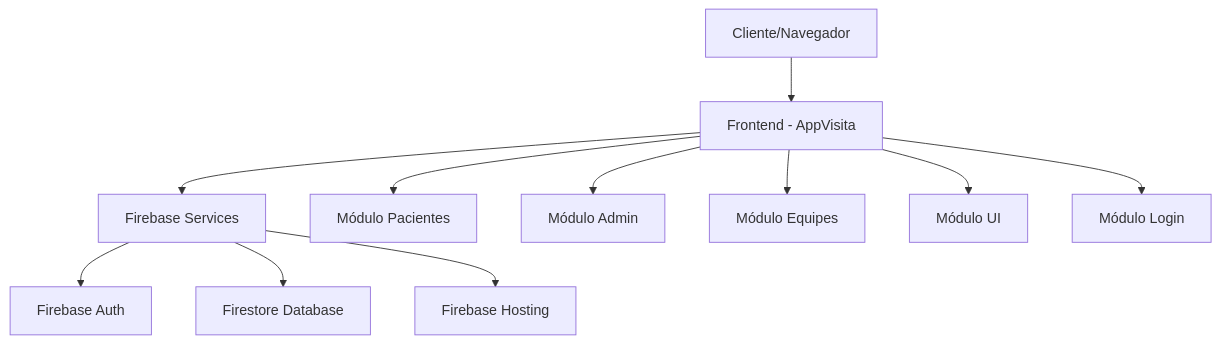
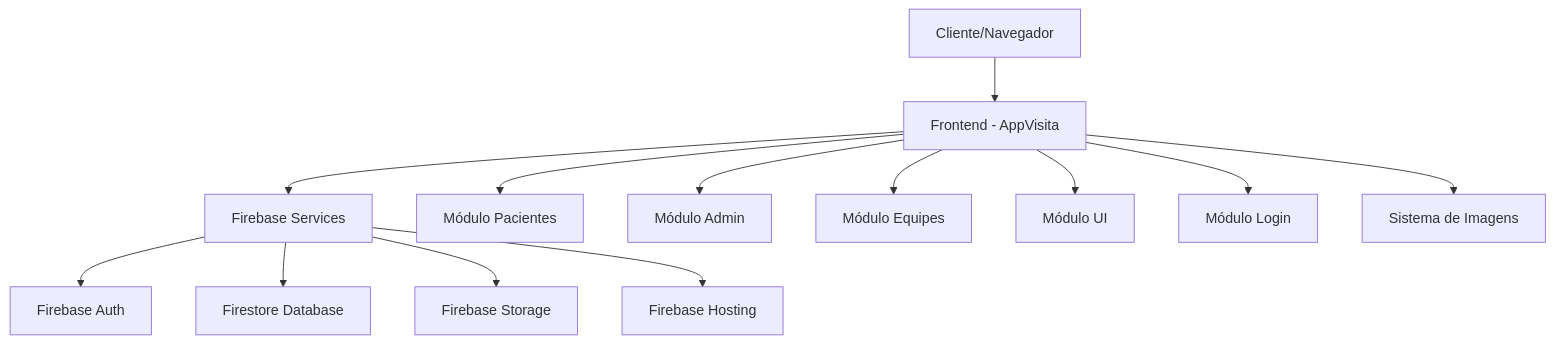
One commit to TozatoRodrigo/AppVisita changed the first of 5 diagrams in docs/ARCHITECTURE.md. Above: the diagram before and after it, drawn with Mermaid. The commit also changed other lines of this file and 21 other files, not shown here.

````diff
--- a/docs/ARCHITECTURE.md
+++ b/docs/ARCHITECTURE.md
@@ -16,14 +17,16 @@
 ```mermaid
 graph TB
     A[Cliente/Navegador] --> B[Frontend - AppVisita]
     B --> C[Firebase Services]
     C --> D[Firebase Auth]
     C --> E[Firestore Database]
-    C --> F[Firebase Hosting]
+    C --> F[Firebase Storage]
+    C --> G[Firebase Hosting]
     
-    B --> G[Módulo Pacientes]
-    B --> H[Módulo Admin]
-    B --> I[Módulo Equipes]
-    B --> J[Módulo UI]
-    B --> K[Módulo Login]
+    B --> H[Módulo Pacientes]
+    B --> I[Módulo Admin]
+    B --> J[Módulo Equipes]
+    B --> K[Módulo UI]
+    B --> L[Módulo Login]
+    B --> M[Sistema de Imagens]
 ```
````
